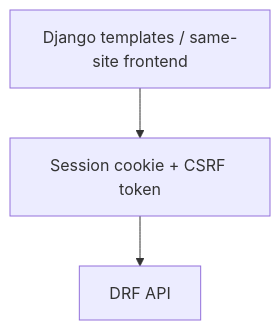
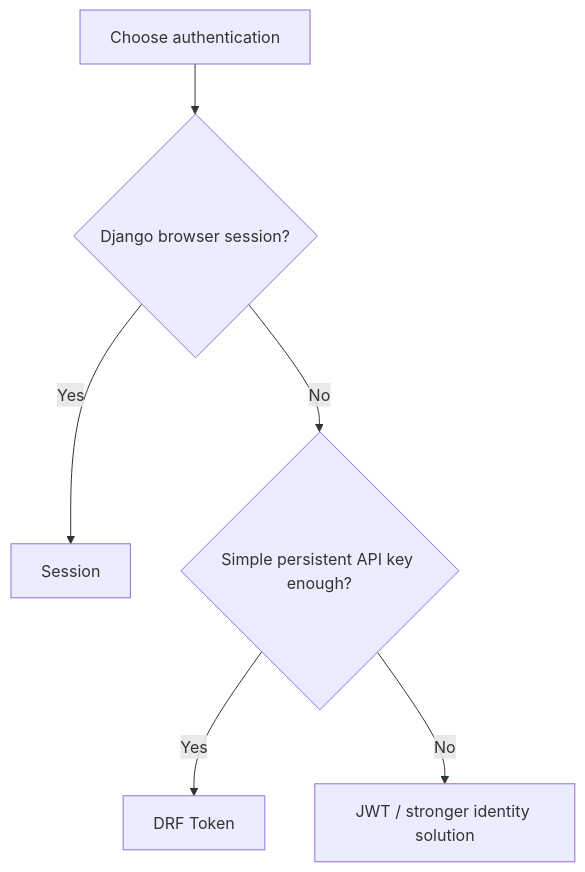
Before and after one commit to AvadhBhalodiya/Interview-Preparation: the seventh of 7 diagrams in src/content/drf/authentication.md, drawn with Mermaid. The commit also changed other lines of this file and 80 other files, not shown here.

````diff
--- a/src/content/drf/authentication.md
+++ b/src/content/drf/authentication.md
@@ -1019,5 +470,8 @@
 ```mermaid
 flowchart TD
-    A["Django templates / same-site frontend"] --> B["Session cookie + CSRF token"]
-    B --> C[DRF API]
+    A[Choose authentication] --> B{Django browser session?}
+    B -- Yes --> C[Session]
+    B -- No --> D{Simple persistent API key enough?}
+    D -- Yes --> E[DRF Token]
+    D -- No --> F[JWT / stronger identity solution]
 ```
````
